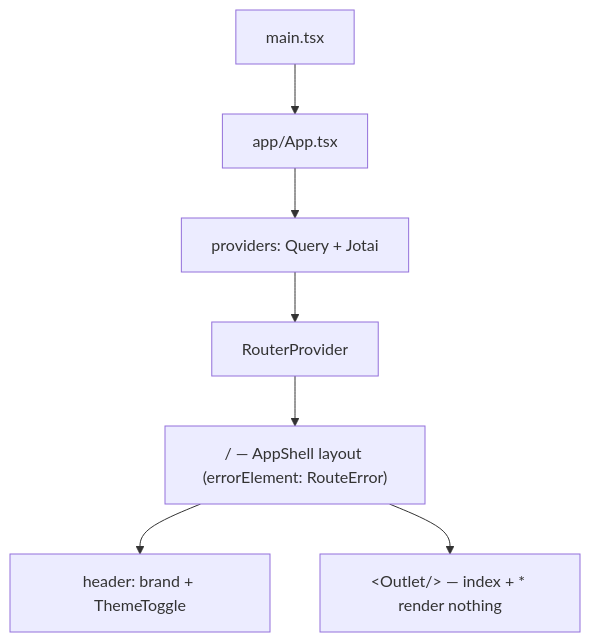
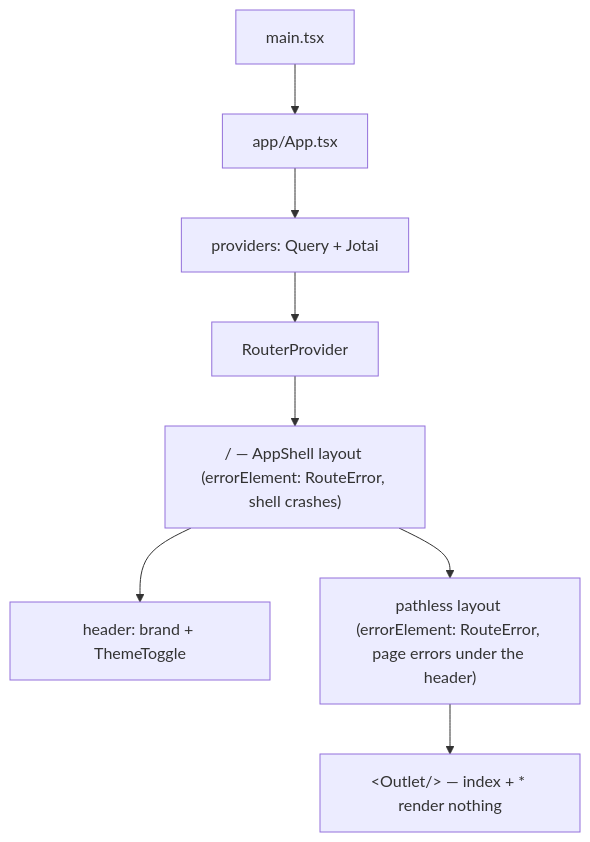
Before and after one commit to munifmubtashim/Alumni_System: the second of 3 diagrams in .adlc/specs/2026-10/m/REQ-001-frontend-foundation/architecture.md, drawn with Mermaid. The commit also changed other lines of this file and 7 other files, not shown here.

````diff
--- a/.adlc/specs/2026-10/m/REQ-001-frontend-foundation/architecture.md
+++ b/.adlc/specs/2026-10/m/REQ-001-frontend-foundation/architecture.md
@@ -164,9 +165,10 @@
 ```mermaid
 flowchart TD
   main[main.tsx] --> App[app/App.tsx]
   App --> P[providers: Query + Jotai]
   P --> R[RouterProvider]
-  R --> S["/ — AppShell layout (errorElement: RouteError)"]
+  R --> S["/ — AppShell layout (errorElement: RouteError, shell crashes)"]
   S --> H[header: brand + ThemeToggle]
-  S --> O["&lt;Outlet/&gt; — index + * render nothing"]
+  S --> L["pathless layout (errorElement: RouteError, page errors under the header)"]
+  L --> O["&lt;Outlet/&gt; — index + * render nothing"]
 ```
````
